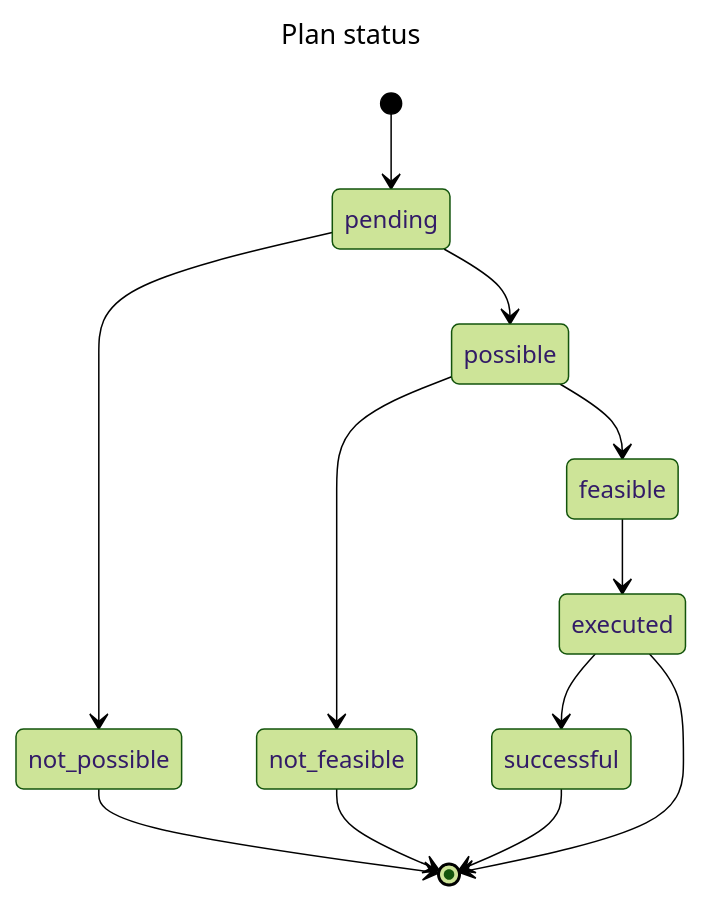
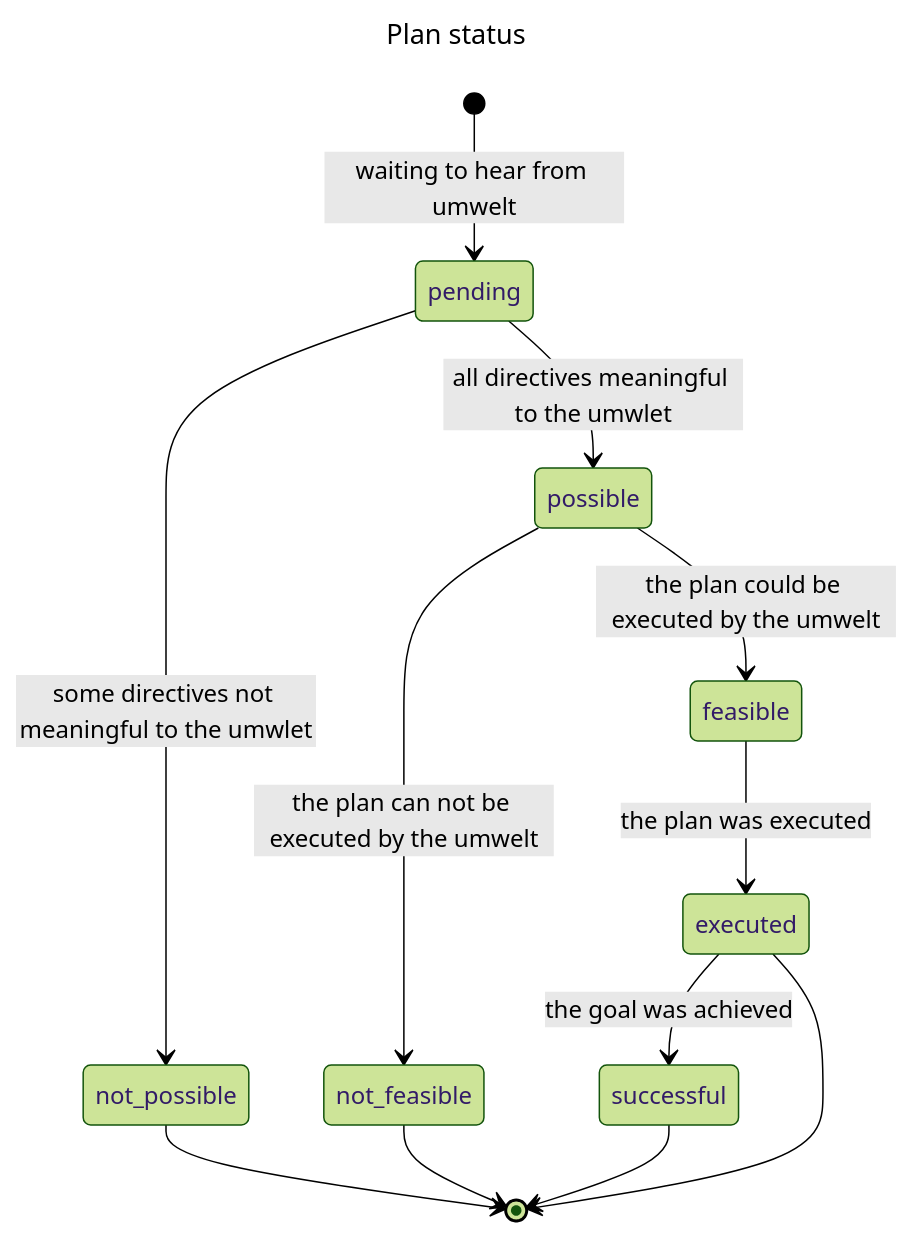
Before and after one commit to jfcloutier/karma_system: the second of 2 diagrams in design_notes/acting.md, drawn with Mermaid (forest theme). The commit also changed other lines of this file, not shown here.

Commit message:
minor fixes to acting design notes

````diff
--- a/design_notes/acting.md
+++ b/design_notes/acting.md
@@ -280,17 +280,17 @@
 ```mermaid
 ---
 title: Plan status
 ---
 stateDiagram-v2
-  [*] --> pending
-  pending --> possible
-  pending --> not_possible
+  [*] --> pending : waiting to hear from umwelt
+  pending --> possible : all directives meaningful to the umwlet
+  pending --> not_possible : some directives not meaningful to the umwlet
   not_possible --> [*]
-  possible --> feasible
-  possible --> not_feasible
+  possible --> feasible : the plan could be executed by the umwelt
+  possible --> not_feasible : the plan can not be executed by the umwelt
   not_feasible --> [*]
-  feasible --> executed
-  executed --> successful
+  feasible --> executed : the plan was executed
+  executed --> successful : the goal was achieved
   successful --> [*]
   executed --> [*]
 ```
````
